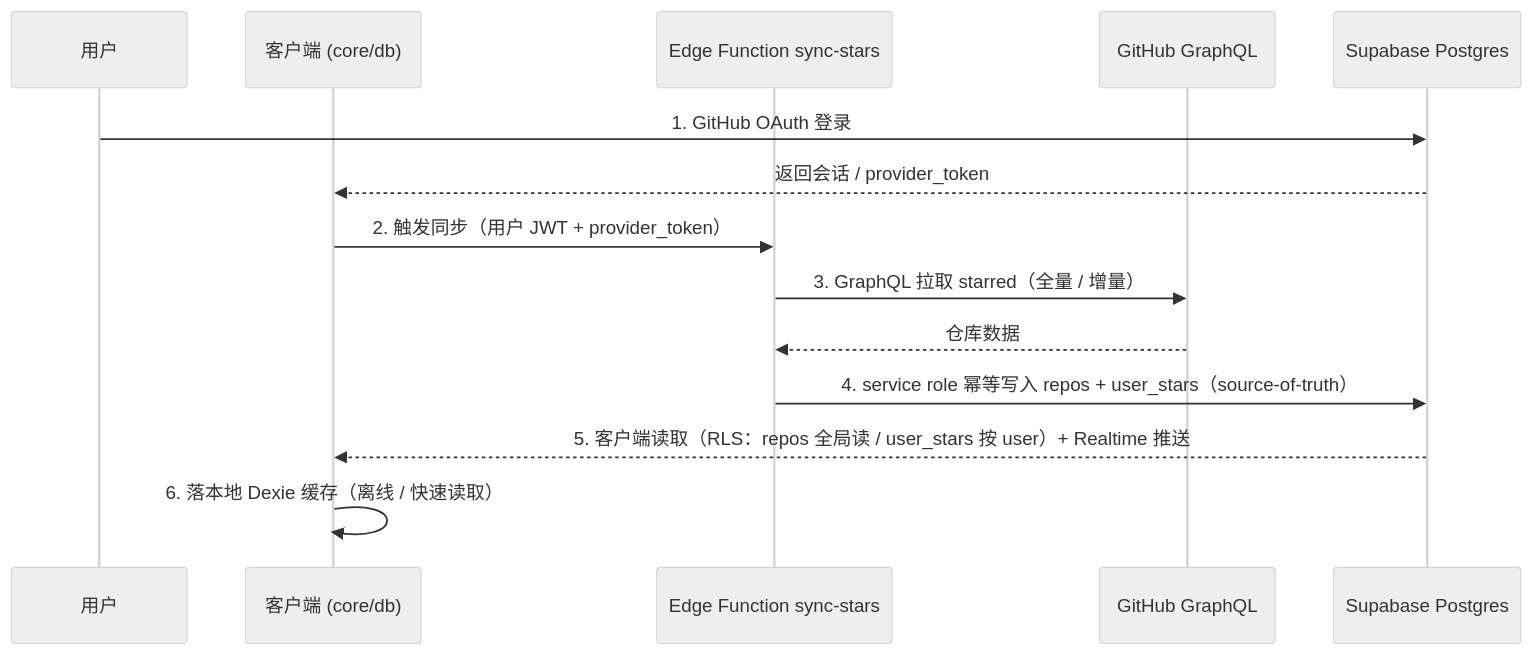
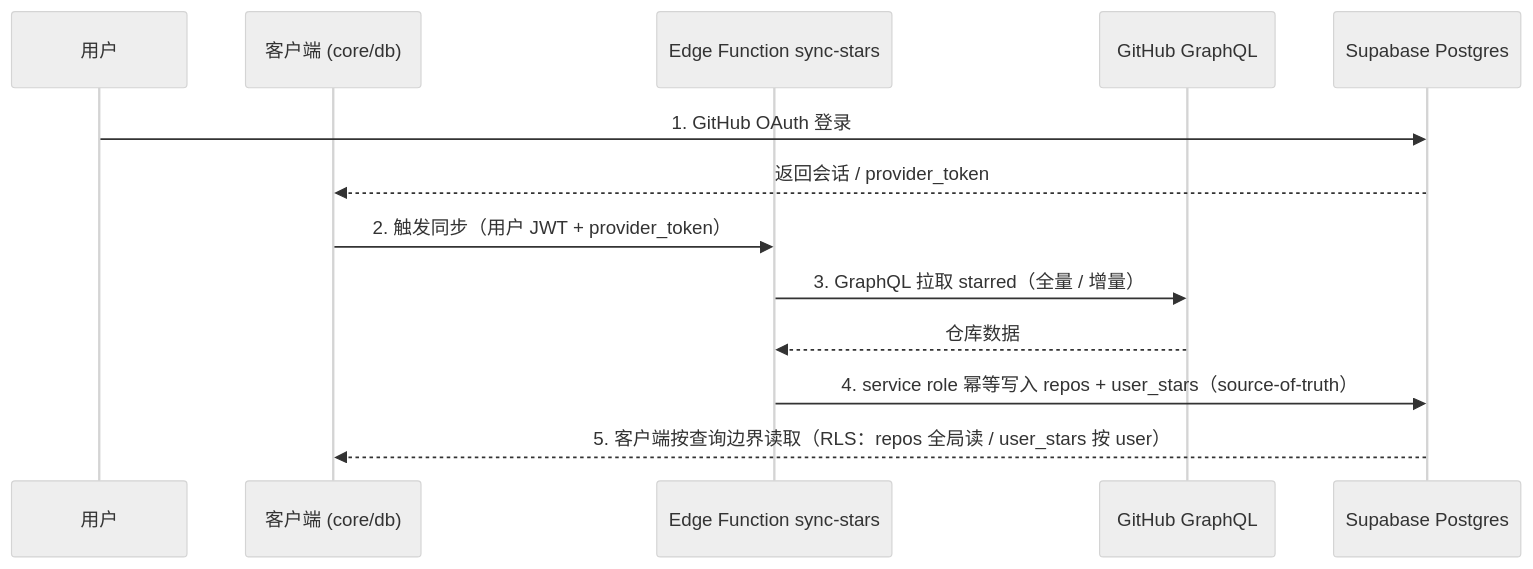
Before and after one commit to Mournerliao/asterism: the second of 2 diagrams in knowledge/contracts/architecture.md, drawn with Mermaid (neutral theme). The commit also changed other lines of this file and 51 other files, not shown here.

````diff
--- a/knowledge/contracts/architecture.md
+++ b/knowledge/contracts/architecture.md
@@ -96,17 +94,16 @@
 ```mermaid
 sequenceDiagram
   participant U as 用户
   participant C as 客户端 (core/db)
   participant Fn as Edge Function sync-stars
   participant GH as GitHub GraphQL
   participant SB as Supabase Postgres
 
   U->>SB: 1. GitHub OAuth 登录
   SB-->>C: 返回会话 / provider_token
   C->>Fn: 2. 触发同步（用户 JWT + provider_token）
   Fn->>GH: 3. GraphQL 拉取 starred（全量 / 增量）
   GH-->>Fn: 仓库数据
   Fn->>SB: 4. service role 幂等写入 repos + user_stars（source-of-truth）
-  SB-->>C: 5. 客户端读取（RLS：repos 全局读 / user_stars 按 user）+ Realtime 推送
-  C->>C: 6. 落本地 Dexie 缓存（离线 / 快速读取）
+  SB-->>C: 5. 客户端按查询边界读取（RLS：repos 全局读 / user_stars 按 user）
 ```
````
